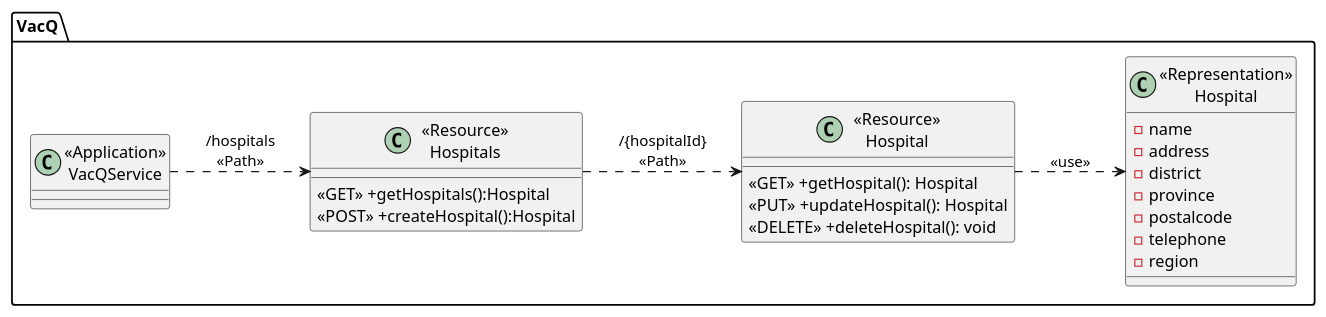
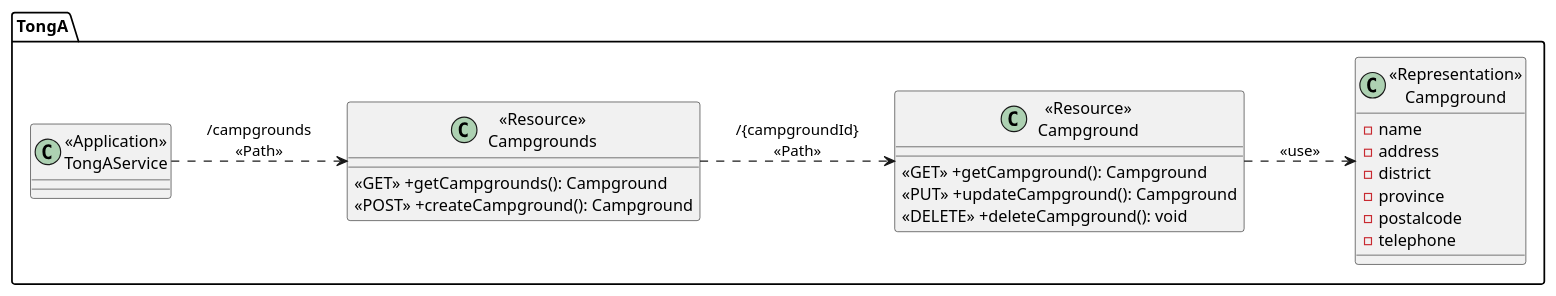
Before and after one commit to 2110503-2564/fe-project-2024-2-tong-a: the diagram in plantuml/class.puml, drawn with PlantUML. The commit also changed 5 other files, not shown here.

Commit message:
add Diagram

```diff
--- a/plantuml/class.puml
+++ b/plantuml/class.puml
@@ -1,33 +1,32 @@
 @startuml
 left to right direction
-package "VacQ"{
-    class "<<Application>>\nVacQService" as VacQService{}
+package "TongA"{
+    class "<<Application>>\nTongAService" as TongAService{}
 
-    class "<<Resource>>\nHospitals" as ResourceHospitals{
-        <<GET>> +getHospitals():Hospital
-        <<POST>> +createHospital():Hospital
+    class "<<Resource>>\nCampgrounds" as ResourceCampgrounds{
+        <<GET>> +getCampgrounds(): Campground
+        <<POST>> +createCampground(): Campground
     }
 
-    class "<<Resource>>\nHospital" as ResourceHospital {
-        <<GET>> +getHospital(): Hospital
-        <<PUT>> +updateHospital(): Hospital
-        <<DELETE>> +deleteHospital(): void
+    class "<<Resource>>\nCampground" as ResourceCampground {
+        <<GET>> +getCampground(): Campground
+        <<PUT>> +updateCampground(): Campground
+        <<DELETE>> +deleteCampground(): void
     }
 
-    class "<<Representation>>\nHospital" as RepresentationHospital {
+    class "<<Representation>>\nCampground" as RepresentationCampground {
         -name
         -address
         -district
         -province
         -postalcode
         -telephone
-        -region
     }
 
 }
 
-VacQService ..> ResourceHospitals:"/hospitals\n<<Path>>"
-ResourceHospitals ..> ResourceHospital: "/{hospitalId}\n<<Path>>"
-ResourceHospital ..> RepresentationHospital: "<<use>>"
+TongAService ..> ResourceCampgrounds:"/campgrounds\n<<Path>>"
+ResourceCampgrounds ..> ResourceCampground: "/{campgroundId}\n<<Path>>"
+ResourceCampground ..> RepresentationCampground: "<<use>>"
 
 @enduml
```
